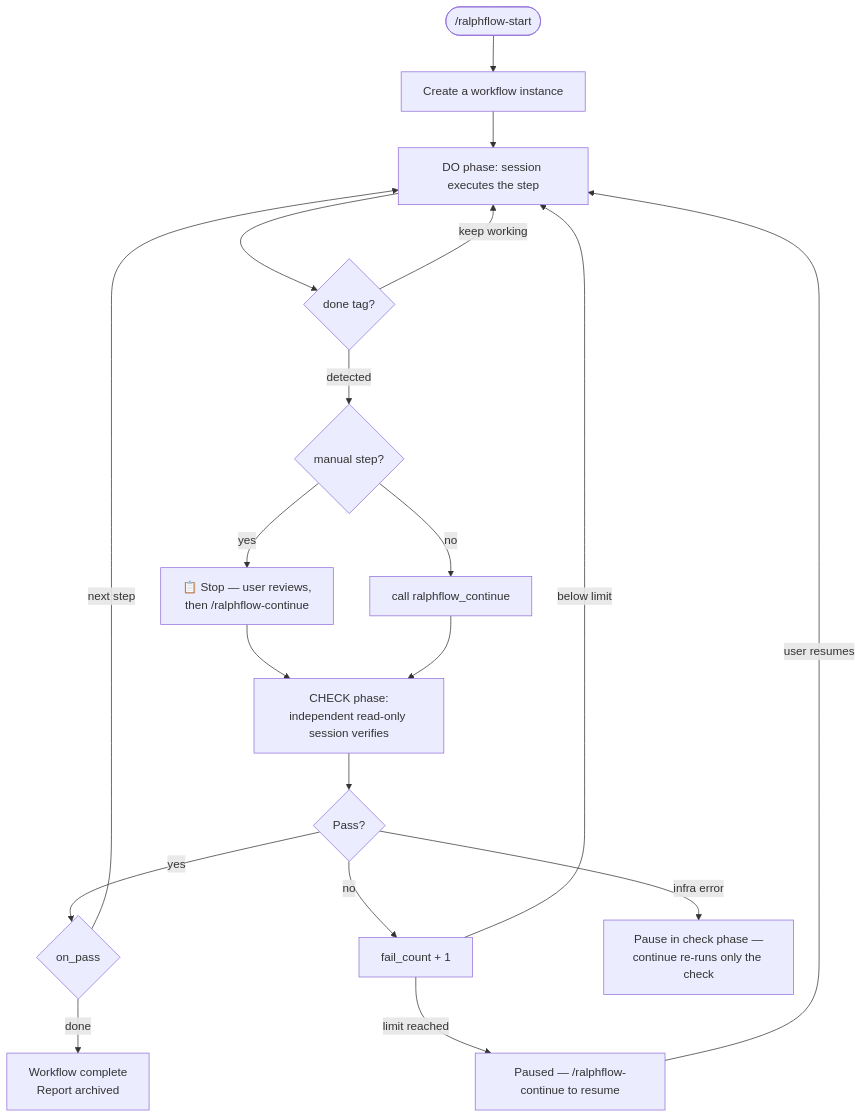
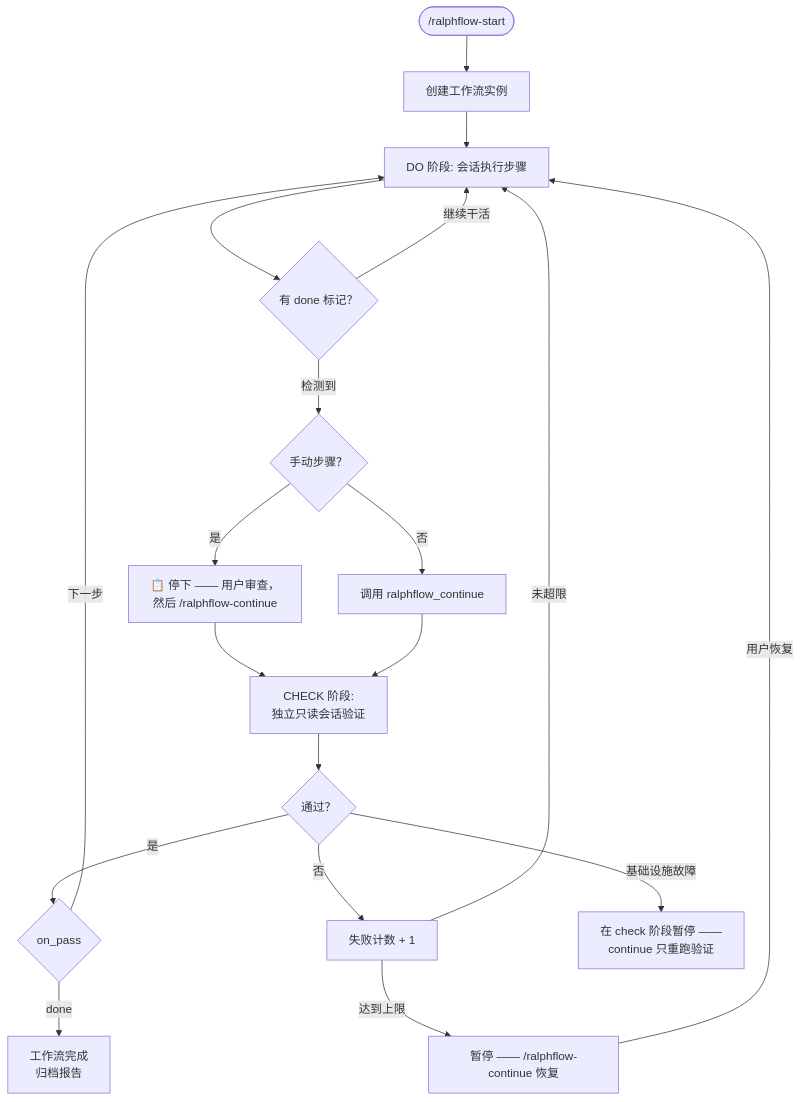
One commit to 534529531/ralph-flow changed the third of 3 diagrams in README.md. Above: the diagram before and after it, drawn with Mermaid. The commit also changed other lines of this file and 20 other files, not shown here.

````diff
--- a/README.md
+++ b/README.md
@@ -113,21 +112,21 @@
 ```mermaid
 flowchart TD
-    Start(["/ralphflow-start"]) --> Inst["Create a workflow instance"]
-    Inst --> DO["DO phase: session executes the step"]
-    DO --> DoneTag{"done tag?"}
-    DoneTag -->|"keep working"| DO
-    DoneTag -->|"detected"| Manual{"manual step?"}
-    Manual -->|"yes"| Review["📋 Stop — user reviews,<br/>then /ralphflow-continue"]
-    Manual -->|"no"| Continue["call ralphflow_continue"]
+    Start(["/ralphflow-start"]) --> Inst["创建工作流实例"]
+    Inst --> DO["DO 阶段: 会话执行步骤"]
+    DO --> DoneTag{"有 done 标记？"}
+    DoneTag -->|"继续干活"| DO
+    DoneTag -->|"检测到"| Manual{"手动步骤？"}
+    Manual -->|"是"| Review["📋 停下 —— 用户审查，<br/>然后 /ralphflow-continue"]
+    Manual -->|"否"| Continue["调用 ralphflow_continue"]
     Review --> CHECK
-    Continue --> CHECK["CHECK phase:<br/>independent read-only session verifies"]
-    CHECK --> Pass{"Pass?"}
-    Pass -->|"yes"| Next{"on_pass"}
-    Pass -->|"no"| Fail["fail_count + 1"]
-    Pass -->|"infra error"| Infra["Pause in check phase —<br/>continue re-runs only the check"]
-    Next -->|"next step"| DO
-    Next -->|"done"| Complete["Workflow complete<br/>Report archived"]
-    Fail -->|"below limit"| DO
-    Fail -->|"limit reached"| Pause["Paused — /ralphflow-continue to resume"]
-    Pause -->|"user resumes"| DO
+    Continue --> CHECK["CHECK 阶段:<br/>独立只读会话验证"]
+    CHECK --> Pass{"通过？"}
+    Pass -->|"是"| Next{"on_pass"}
+    Pass -->|"否"| Fail["失败计数 + 1"]
+    Pass -->|"基础设施故障"| Infra["在 check 阶段暂停 ——<br/>continue 只重跑验证"]
+    Next -->|"下一步"| DO
+    Next -->|"done"| Complete["工作流完成<br/>归档报告"]
+    Fail -->|"未超限"| DO
+    Fail -->|"达到上限"| Pause["暂停 —— /ralphflow-continue 恢复"]
+    Pause -->|"用户恢复"| DO
 ```
````
